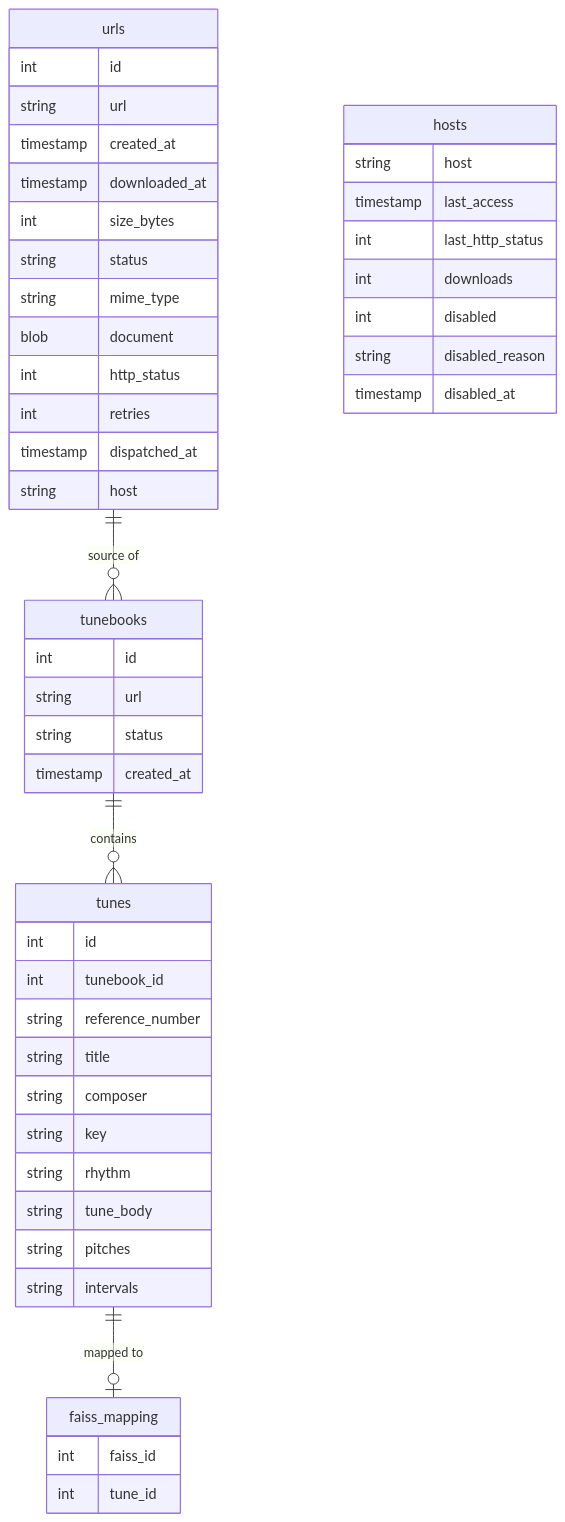
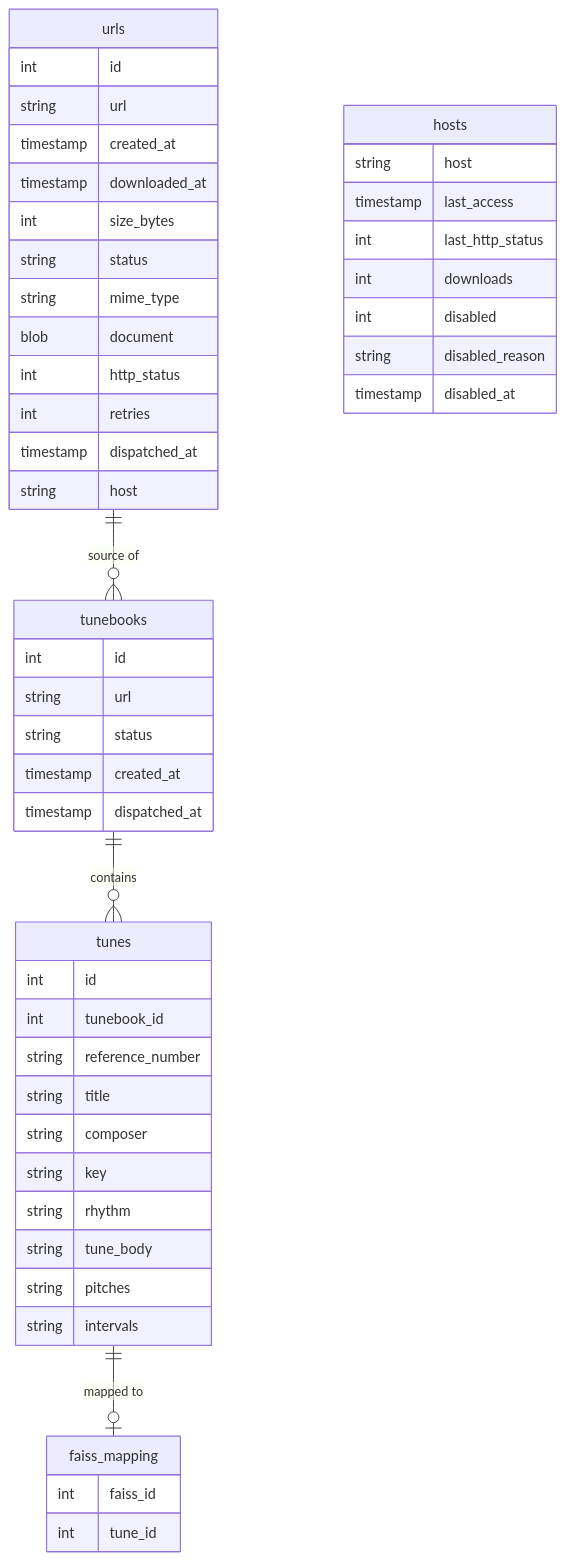
Before and after one commit to mark-vandenbroeck/ABC: the second of 2 diagrams in README.md, drawn with Mermaid. The commit also changed other lines of this file and 1 other file, not shown here.

Commit message:
Update README and API documentation to reflect latest indexing status flow and system improvements.

````diff
--- a/README.md
+++ b/README.md
@@ -79,56 +82,57 @@
 ```mermaid
 erDiagram
     tunebooks ||--o{ tunes : contains
     urls ||--o{ tunebooks : "source of"
     tunes ||--o| faiss_mapping : "mapped to"
     
     urls {
         int id
         string url
         timestamp created_at
         timestamp downloaded_at
         int size_bytes
         string status
         string mime_type
         blob document
         int http_status
         int retries
         timestamp dispatched_at
         string host
     }
 
     hosts {
         string host
         timestamp last_access
         int last_http_status
         int downloads
         int disabled
         string disabled_reason
         timestamp disabled_at
     }
 
     tunebooks {
         int id
         string url
         string status
         timestamp created_at
+        timestamp dispatched_at
     }
 
     tunes {
         int id
         int tunebook_id
         string reference_number
         string title
         string composer
         string key
         string rhythm
         string tune_body
         string pitches
         string intervals
     }
     
     faiss_mapping {
         int faiss_id
         int tune_id
     }
 ```
````
